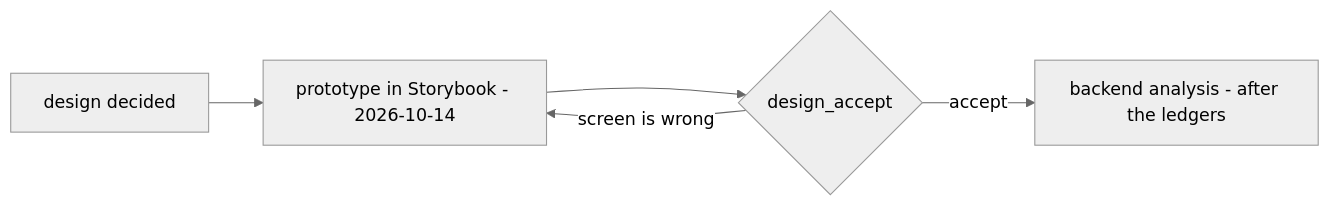
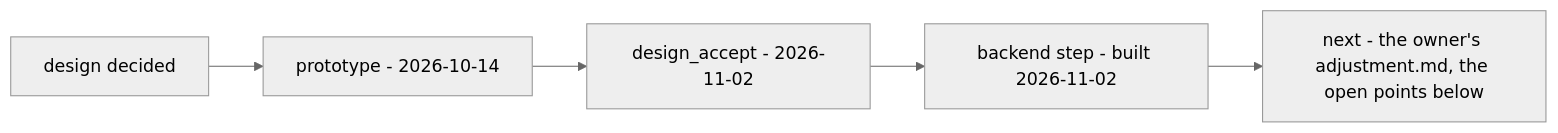
The diagram in docs/development_state/inventory/opname.md (pdcgo/warehouse_revamp), drawn with Mermaid (neutral theme) before and after one commit. The commit also changed other lines of this file and 159 other files, not shown here.

````diff
--- a/docs/development_state/inventory/opname.md
+++ b/docs/development_state/inventory/opname.md
@@ -24,7 +8,7 @@
 ```mermaid
 flowchart LR
-  A["design decided"] --> P["prototype in Storybook - 2026-10-14"]
-  P --> D{"design_accept"}
-  D -->|"screen is wrong"| P
-  D -->|"accept"| B["backend analysis - after the ledgers"]
+  A["design decided"] --> P["prototype - 2026-10-14"]
+  P --> D["design_accept - 2026-11-02"]
+  D --> B["backend step - built 2026-11-02"]
+  B --> N["next - the owner's adjustment.md, the open points below"]
 ```
````
